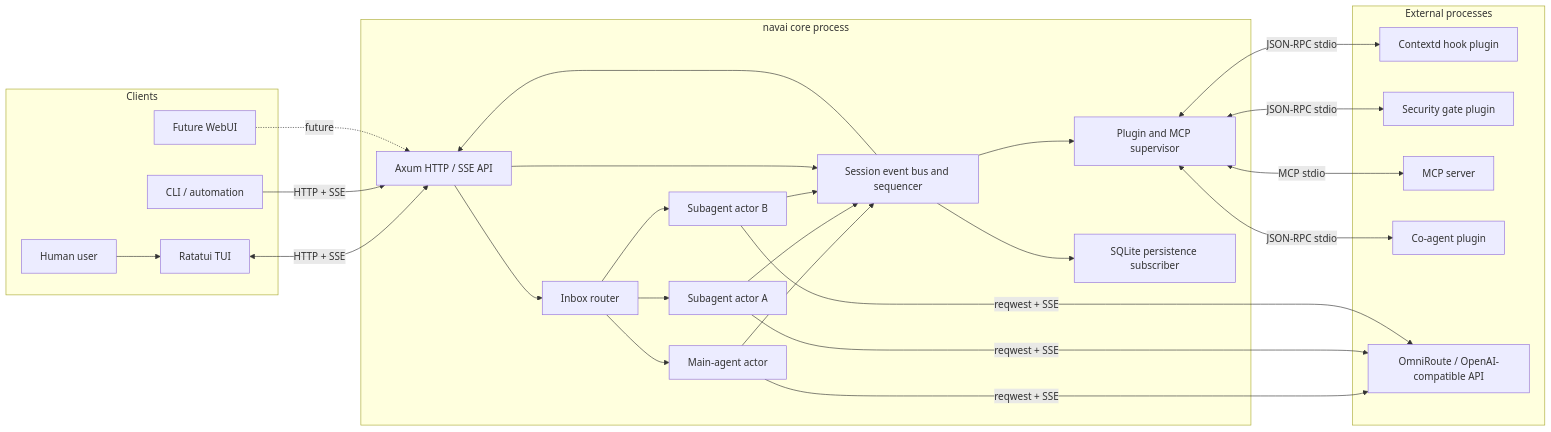
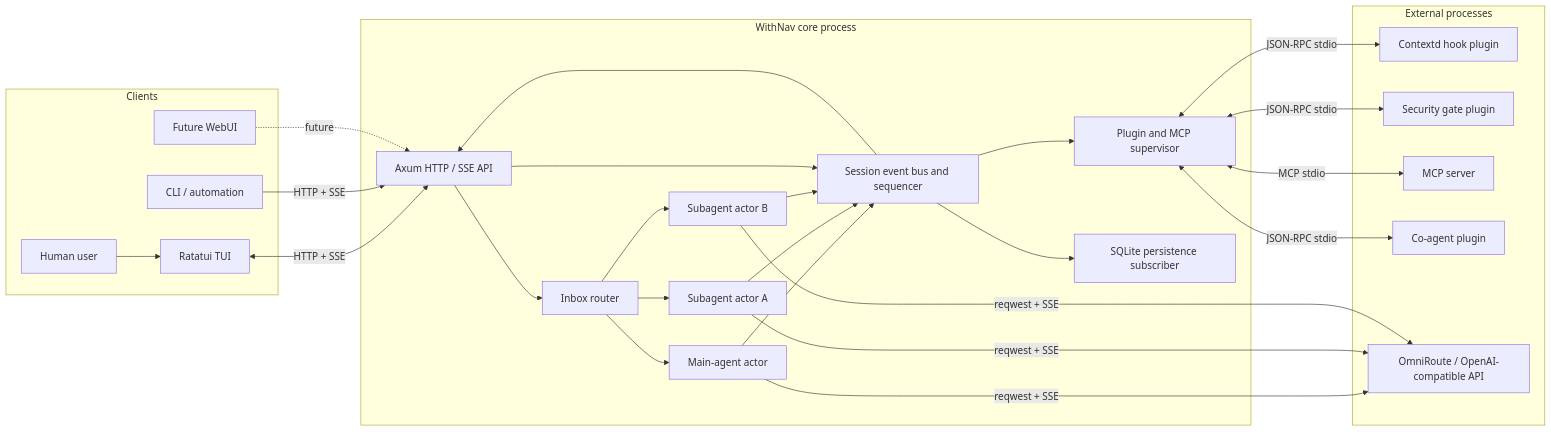
Before and after one commit to PixmaNts/withnav: the first of 2 diagrams in docs/SPEC.md, drawn with Mermaid. The commit also changed other lines of this file and 9 other files, not shown here.

````diff
--- a/docs/SPEC.md
+++ b/docs/SPEC.md
@@ -172,56 +172,56 @@
 ```mermaid
 flowchart LR
     subgraph Clients
         TUI[Ratatui TUI]
         WEB[Future WebUI]
         CLI[CLI / automation]
         USER[Human user]
     end
 
-    subgraph Core["navai core process"]
+    subgraph Core["WithNav core process"]
         API[Axum HTTP / SSE API]
         ROUTER[Inbox router]
         BUS[Session event bus and sequencer]
         MAIN[Main-agent actor]
         SUB1[Subagent actor A]
         SUB2[Subagent actor B]
         SUP[Plugin and MCP supervisor]
         STORE[SQLite persistence subscriber]
     end
 
     subgraph External["External processes"]
         HOOK1[Contextd hook plugin]
         HOOK2[Security gate plugin]
         MCP1[MCP server]
         CO[Co-agent plugin]
         MODEL[OmniRoute / OpenAI-compatible API]
     end
 
     USER --> TUI
     TUI <-->|HTTP + SSE| API
     CLI -->|HTTP + SSE| API
     WEB -. future .-> API
 
     API --> ROUTER
     ROUTER --> MAIN
     ROUTER --> SUB1
     ROUTER --> SUB2
 
     MAIN --> BUS
     SUB1 --> BUS
     SUB2 --> BUS
     API --> BUS
 
     BUS --> API
     BUS --> STORE
     BUS --> SUP
 
     MAIN -->|reqwest + SSE| MODEL
     SUB1 -->|reqwest + SSE| MODEL
     SUB2 -->|reqwest + SSE| MODEL
 
     SUP <-->|JSON-RPC stdio| HOOK1
     SUP <-->|JSON-RPC stdio| HOOK2
     SUP <-->|MCP stdio| MCP1
     SUP <-->|JSON-RPC stdio| CO
 ```
````
